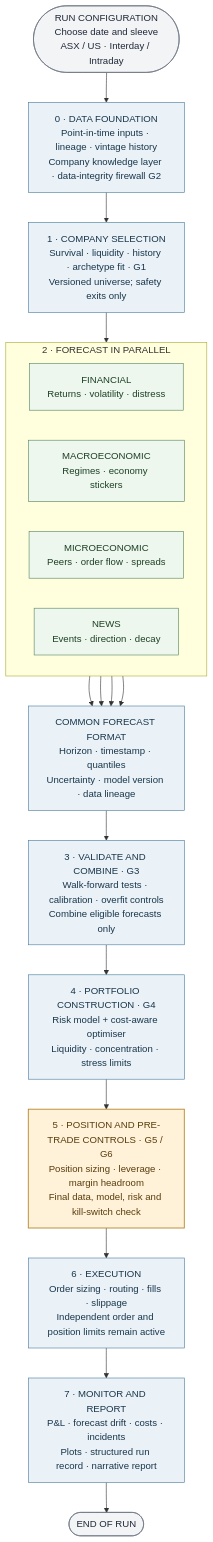
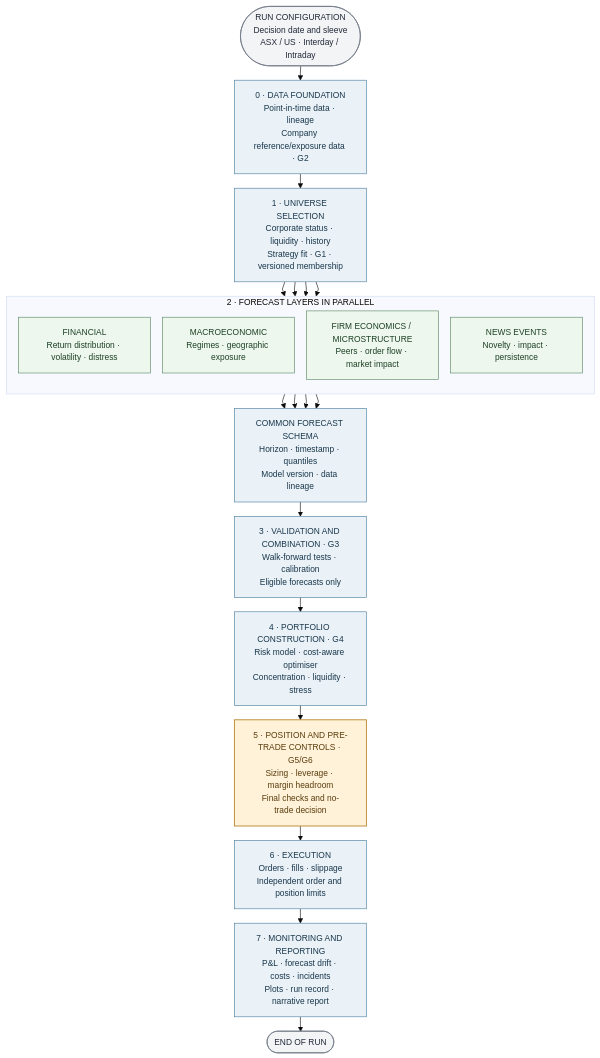
One commit to dannysilverio6-creator/AQP---LSEG changed the first of 15 diagrams in AQP OVERVIEW.md. Above: the diagram before and after it, drawn with Mermaid. The commit also changed other lines of this file, not shown here.

````diff
--- a/AQP OVERVIEW.md
+++ b/AQP OVERVIEW.md
@@ -53,40 +59,39 @@
 ```mermaid
+%%{init: {"theme": "base", "flowchart": {"nodeSpacing": 20, "rankSpacing": 24, "wrappingWidth": 160, "diagramPadding": 24, "curve": "linear"}, "themeVariables": {"fontSize": "14px"}}}%%
 flowchart TB
-    START([RUN CONFIGURATION<br/>Choose date and sleeve<br/>ASX / US · Interday / Intraday])
-
-    DATA["0 · DATA FOUNDATION<br/>Point-in-time inputs · lineage · vintage history<br/>Company knowledge layer · data-integrity firewall G2"]
-    UNIVERSE["1 · COMPANY SELECTION<br/>Survival · liquidity · history · archetype fit · G1<br/>Versioned universe; safety exits only"]
-
-    subgraph MODELS["2 · FORECAST IN PARALLEL"]
-        direction LR
-        FIN["FINANCIAL<br/>Returns · volatility · distress"]
-        MACRO["MACROECONOMIC<br/>Regimes · economy stickers"]
-        MICRO["MICROECONOMIC<br/>Peers · order flow · spreads"]
-        NEWS["NEWS<br/>Events · direction · decay"]
+    START([RUN CONFIGURATION<br/>Decision date and sleeve<br/>ASX / US · Interday / Intraday])
+    DATA["0 · DATA FOUNDATION<br/>Point-in-time data · lineage<br/>Company reference/exposure data · G2"]
+    UNIVERSE["1 · UNIVERSE SELECTION<br/>Corporate status · liquidity · history<br/>Strategy fit · G1 · versioned membership"]
+    subgraph MODELS["2 · FORECAST LAYERS IN PARALLEL"]
+        direction TB
+        FIN["FINANCIAL<br/>Return distribution · volatility · distress"]
+        MACRO["MACROECONOMIC<br/>Regimes · geographic exposure"]
+        MICRO["FIRM ECONOMICS / MICROSTRUCTURE<br/>Peers · order flow · market impact"]
+        NEWS["NEWS EVENTS<br/>Novelty · impact · persistence"]
     end
-
-    CONTRACT["COMMON FORECAST FORMAT<br/>Horizon · timestamp · quantiles<br/>Uncertainty · model version · data lineage"]
-    VALIDATE["3 · VALIDATE AND COMBINE · G3<br/>Walk-forward tests · calibration · overfit controls<br/>Combine eligible forecasts only"]
-    PORTFOLIO["4 · PORTFOLIO CONSTRUCTION · G4<br/>Risk model + cost-aware optimiser<br/>Liquidity · concentration · stress limits"]
-    PRETRADE["5 · POSITION AND PRE-TRADE CONTROLS · G5 / G6<br/>Position sizing · leverage · margin headroom<br/>Final data, model, risk and kill-switch check"]
-    EXECUTE["6 · EXECUTION<br/>Order sizing · routing · fills · slippage<br/>Independent order and position limits remain active"]
-    REPORT["7 · MONITOR AND REPORT<br/>P&L · forecast drift · costs · incidents<br/>Plots · structured run record · narrative report"]
+    CONTRACT["COMMON FORECAST SCHEMA<br/>Horizon · timestamp · quantiles<br/>Model version · data lineage"]
+    VALIDATE["3 · VALIDATION AND COMBINATION · G3<br/>Walk-forward tests · calibration<br/>Eligible forecasts only"]
+    PORTFOLIO["4 · PORTFOLIO CONSTRUCTION · G4<br/>Risk model · cost-aware optimiser<br/>Concentration · liquidity · stress"]
+    PRETRADE["5 · POSITION AND PRE-TRADE CONTROLS · G5/G6<br/>Sizing · leverage · margin headroom<br/>Final checks and no-trade decision"]
+    EXECUTE["6 · EXECUTION<br/>Orders · fills · slippage<br/>Independent order and position limits"]
+    REPORT["7 · MONITORING AND REPORTING<br/>P&L · forecast drift · costs · incidents<br/>Plots · run record · narrative report"]
     END([END OF RUN])
-
-    START --> DATA --> UNIVERSE --> MODELS
+    START --> DATA --> UNIVERSE
+    UNIVERSE --> FIN
+    UNIVERSE --> MACRO
+    UNIVERSE --> MICRO
+    UNIVERSE --> NEWS
     FIN --> CONTRACT
     MACRO --> CONTRACT
     MICRO --> CONTRACT
     NEWS --> CONTRACT
     CONTRACT --> VALIDATE --> PORTFOLIO --> PRETRADE --> EXECUTE --> REPORT --> END
-
-    classDef terminal fill:#f3f4f6,stroke:#6b7280,color:#202938,stroke-width:1px;
-    classDef stage fill:#eaf2f8,stroke:#477b9e,color:#19364a,stroke-width:1px;
-    classDef forecast fill:#edf7ed,stroke:#54845e,color:#1d4026,stroke-width:1px;
+    classDef terminal fill:#f3f4f6,stroke:#6b7280,color:#202938;
+    classDef stage fill:#eaf2f8,stroke:#477b9e,color:#19364a;
+    classDef forecast fill:#edf7ed,stroke:#54845e,color:#1d4026;
     classDef control fill:#fff2d9,stroke:#b9862b,color:#593c0c,stroke-width:1.5px;
-
     class START,END terminal;
     class DATA,UNIVERSE,CONTRACT,VALIDATE,PORTFOLIO,EXECUTE,REPORT stage;
     class FIN,MACRO,MICRO,NEWS forecast;
     class PRETRADE control;
 ```
````
